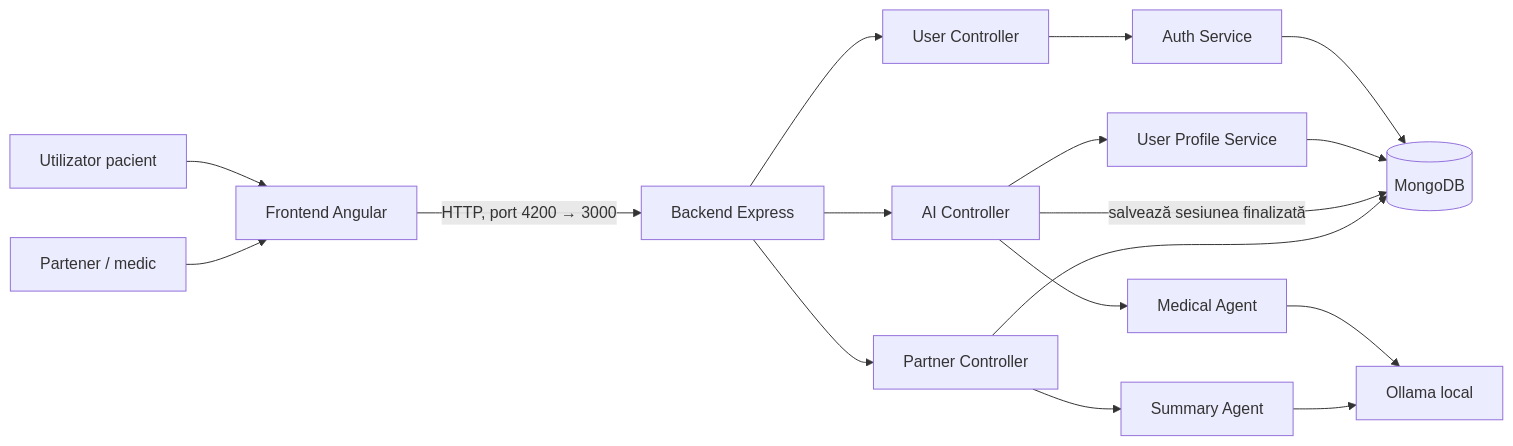
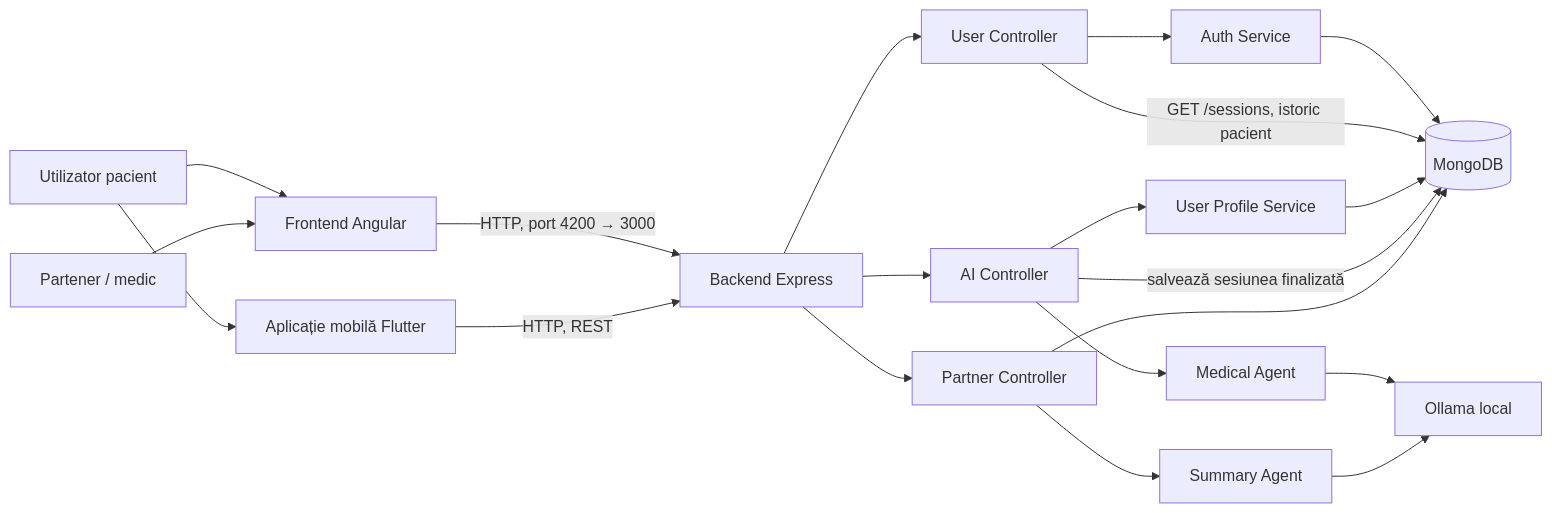
The first of 7 diagrams in README.md (Frumuzache/MedHelp), drawn with Mermaid before and after one commit. The commit also changed other lines of this file and 30 other files, not shown here.

````diff
--- a/README.md
+++ b/README.md
@@ -30,19 +30,22 @@
 ```mermaid
 flowchart LR
   User[Utilizator pacient] --> FE[Frontend Angular]
+  User --> MOB[Aplicație mobilă Flutter]
   Partner[Partener / medic] --> FE
   FE -->|HTTP, port 4200 → 3000| API[Backend Express]
+  MOB -->|HTTP, REST| API
   API --> USERS[User Controller]
   API --> AI[AI Controller]
   API --> PCTRL[Partner Controller]
   USERS --> AUTH[Auth Service]
   AUTH --> DB[(MongoDB)]
+  USERS -->|GET /sessions, istoric pacient| DB
   AI --> PROFILE[User Profile Service]
   AI --> MED[Medical Agent]
   MED --> OLLAMA[Ollama local]
   PROFILE --> DB
   AI -->|salvează sesiunea finalizată| DB
   PCTRL --> DB
   PCTRL --> SUM[Summary Agent]
   SUM --> OLLAMA
 ```
````
